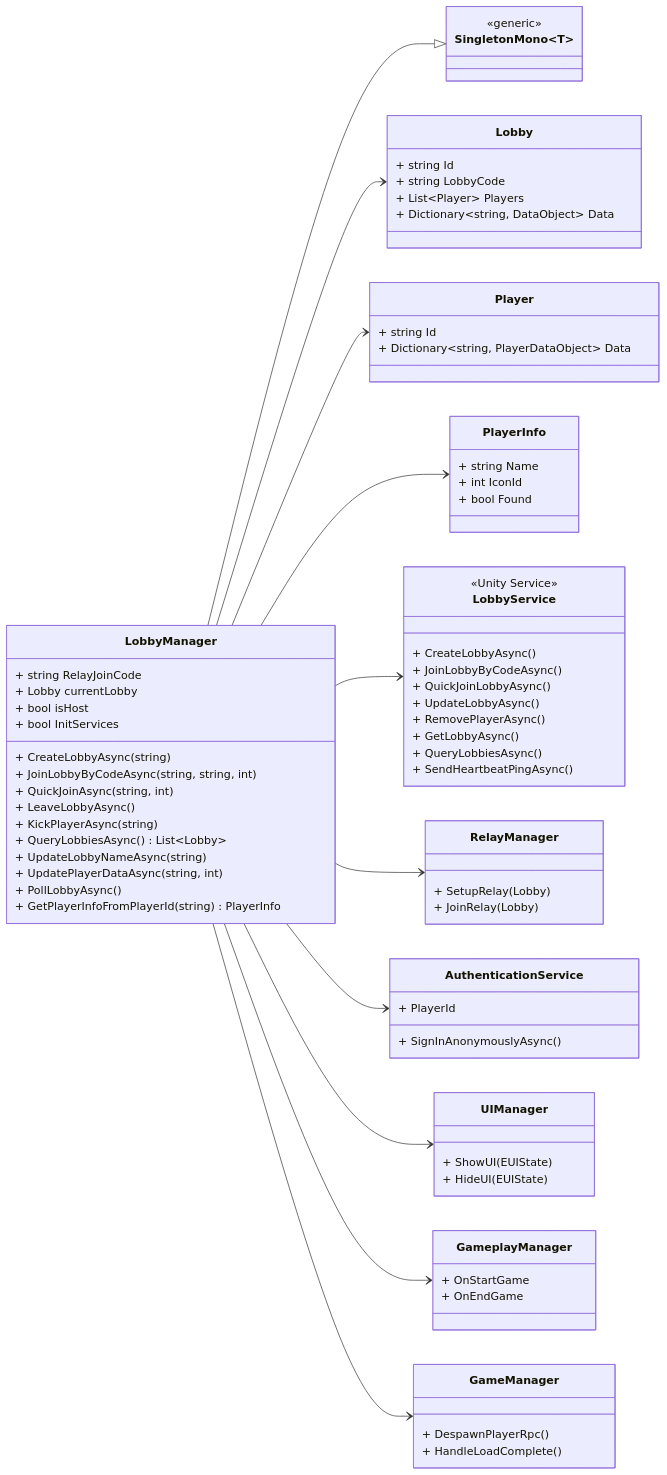
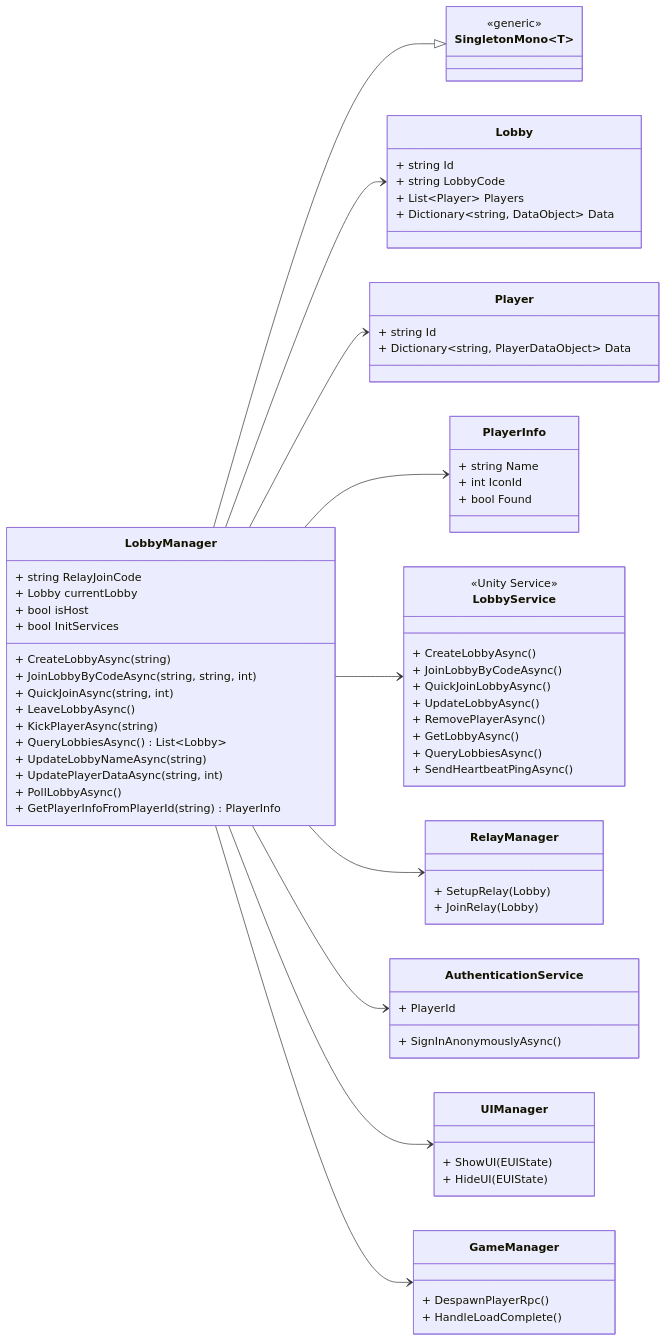
Before and after one commit to LeHien6601/Fishy-Business: the diagram in Diagram/LobbyManager.mmd, drawn with Mermaid. The commit also changed 3 other files, not shown here.

Commit message:
update mermaid diagram

```diff
--- a/Diagram/LobbyManager.mmd
+++ b/Diagram/LobbyManager.mmd
@@ -1,90 +1,90 @@
 classDiagram
     direction LR
 
     class SingletonMono~T~ {
         <<generic>>
     }
 
     class LobbyManager {
         + string RelayJoinCode
         + Lobby currentLobby
         + bool isHost
         + bool InitServices
 
         + CreateLobbyAsync(string)
         + JoinLobbyByCodeAsync(string, string, int)
         + QuickJoinAsync(string, int)
         + LeaveLobbyAsync()
         + KickPlayerAsync(string)
         + QueryLobbiesAsync() List~Lobby~
         + UpdateLobbyNameAsync(string)
         + UpdatePlayerDataAsync(string, int)
         + PollLobbyAsync()
         + GetPlayerInfoFromPlayerId(string) PlayerInfo
     }
 
     class Lobby {
         + string Id
         + string LobbyCode
         + List~Player~ Players
         + Dictionary~string, DataObject~ Data
     }
 
     class Player {
         + string Id
         + Dictionary~string, PlayerDataObject~ Data
     }
 
     class PlayerInfo {
         + string Name
         + int IconId
         + bool Found
     }
 
     class LobbyService {
         <<Unity Service>>
         + CreateLobbyAsync()
         + JoinLobbyByCodeAsync()
         + QuickJoinLobbyAsync()
         + UpdateLobbyAsync()
         + RemovePlayerAsync()
         + GetLobbyAsync()
         + QueryLobbiesAsync()
         + SendHeartbeatPingAsync()
     }
 
     class RelayManager {
         + SetupRelay(Lobby)
         + JoinRelay(Lobby)
     }
 
     class AuthenticationService {
         + PlayerId
         + SignInAnonymouslyAsync()
     }
 
     class UIManager {
         + ShowUI(EUIState)
         + HideUI(EUIState)
     }
 
-    class GameplayManager {
-        + OnStartGame
-        + OnEndGame
-    }
+    %% class GameplayManager {
+    %%     + OnStartGame
+    %%     + OnEndGame
+    %% }
 
     class GameManager {
         + DespawnPlayerRpc()
         + HandleLoadComplete()
     }
 
     LobbyManager --|> SingletonMono~LobbyManager~
     LobbyManager --> Lobby
     LobbyManager --> Player
     LobbyManager --> PlayerInfo
     LobbyManager --> LobbyService
     LobbyManager --> RelayManager
     LobbyManager --> AuthenticationService
     LobbyManager --> UIManager
-    LobbyManager --> GameplayManager
+    %% LobbyManager --> GameplayManager
     LobbyManager --> GameManager
```
